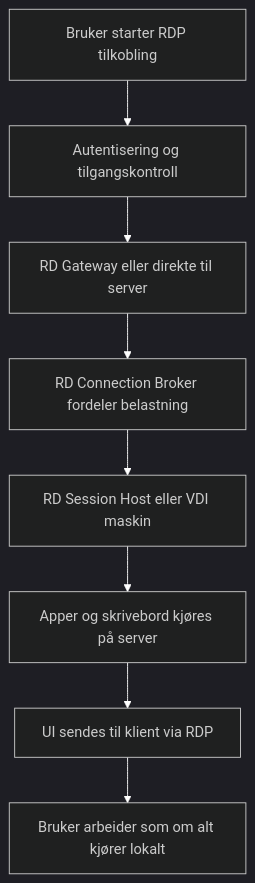
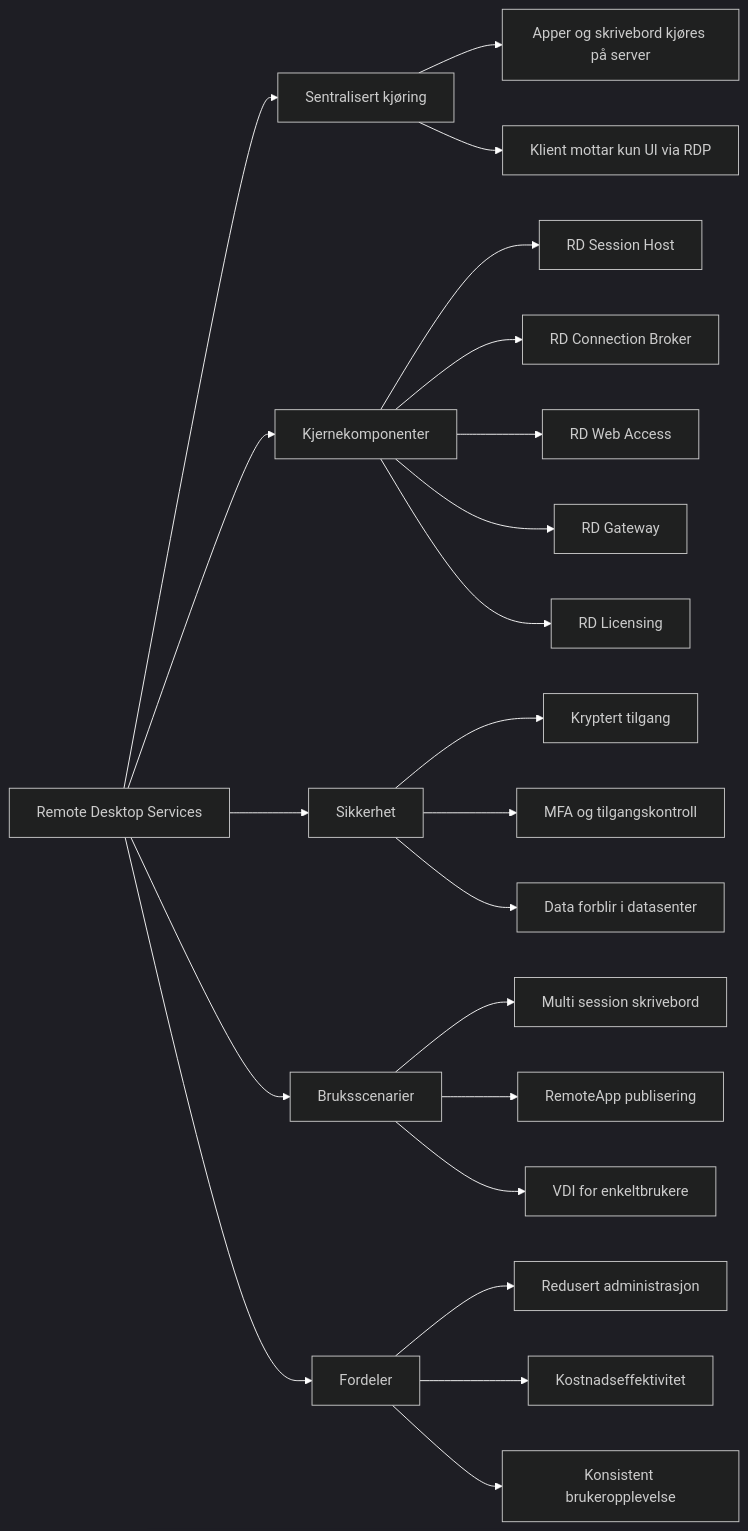
Before and after one commit to kjejac/kjejac.github.io: the diagram in certs/Glossary/Remote-Desktop-Services.md, drawn with Mermaid. The commit also changed other lines of this file and 68 other files, not shown here.

````diff
--- a/certs/Glossary/Remote-Desktop-Services.md
+++ b/certs/Glossary/Remote-Desktop-Services.md
@@ -19,22 +23,39 @@
 ```mermaid
 %%{init: {
   "theme": "dark",
   "themeVariables": {
     "primaryColor": "#1e1e1e",
     "primaryTextColor": "#ffffff",
     "lineColor": "#ffffff",
     "secondaryColor": "#333333"
   }
 }}%%
+flowchart LR
 
-flowchart TB
+    A[Remote Desktop Services] --> B[Sentralisert kjøring]
+    B --> B1[Apper og skrivebord kjøres på server]
+    B --> B2[Klient mottar kun UI via RDP]
 
-    A[Bruker starter RDP tilkobling] --> B[Autentisering og tilgangskontroll]
-    B --> C[RD Gateway eller direkte til server]
-    C --> D[RD Connection Broker fordeler belastning]
-    D --> E[RD Session Host eller VDI maskin]
-    E --> F[Apper og skrivebord kjøres på server]
-    F --> G[UI sendes til klient via RDP]
-    G --> H[Bruker arbeider som om alt kjører lokalt]
+    A --> C[Kjernekomponenter]
+    C --> C1[RD Session Host]
+    C --> C2[RD Connection Broker]
+    C --> C3[RD Web Access]
+    C --> C4[RD Gateway]
+    C --> C5[RD Licensing]
+
+    A --> D[Sikkerhet]
+    D --> D1[Kryptert tilgang]
+    D --> D2[MFA og tilgangskontroll]
+    D --> D3[Data forblir i datasenter]
+
+    A --> E[Bruksscenarier]
+    E --> E1[Multi session skrivebord]
+    E --> E2[RemoteApp publisering]
+    E --> E3[VDI for enkeltbrukere]
+
+    A --> F[Fordeler]
+    F --> F1[Redusert administrasjon]
+    F --> F2[Kostnadseffektivitet]
+    F --> F3[Konsistent brukeropplevelse]
 
 ```
````
